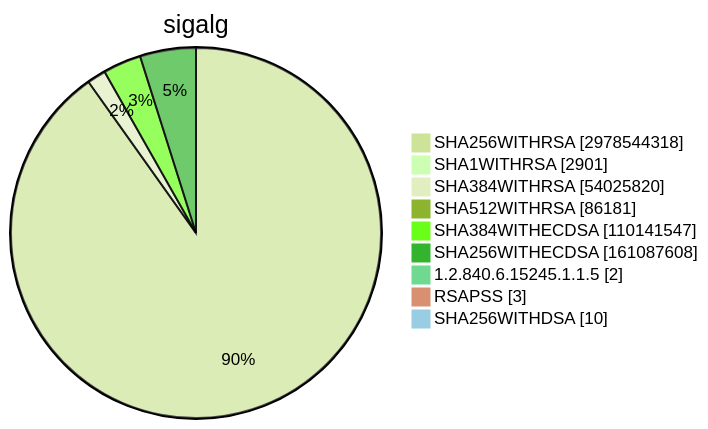
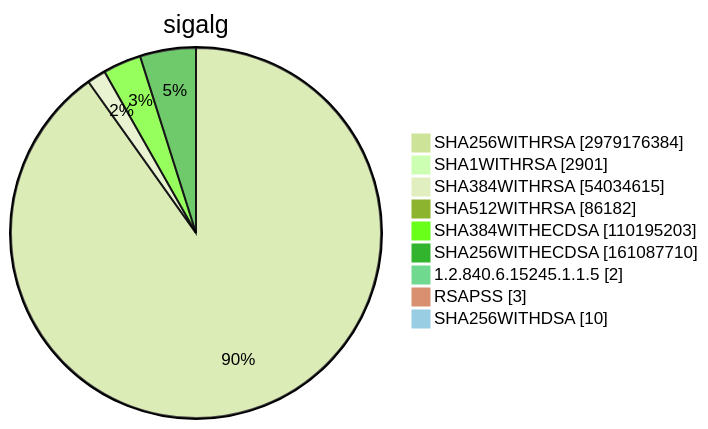
One commit to christiankrug/ctmonitor_visualization changed diagram 15 of 15 in TOTAL/README.md. Above: the diagram before and after it, drawn with Mermaid (forest theme). The commit also changed other lines of this file, not shown here.

````diff
--- a/TOTAL/README.md
+++ b/TOTAL/README.md
@@ -6208,13 +6208,13 @@
 ```mermaid
 pie showData
 title sigalg
-"SHA256WITHRSA" :2978544318
+"SHA256WITHRSA" :2979176384
 "SHA1WITHRSA" :2901
-"SHA384WITHRSA" :54025820
-"SHA512WITHRSA" :86181
-"SHA384WITHECDSA" :110141547
-"SHA256WITHECDSA" :161087608
+"SHA384WITHRSA" :54034615
+"SHA512WITHRSA" :86182
+"SHA384WITHECDSA" :110195203
+"SHA256WITHECDSA" :161087710
 "1.2.840.6.15245.1.1.5" :2
 "RSAPSS" :3
 "SHA256WITHDSA" :10
 ```
````
